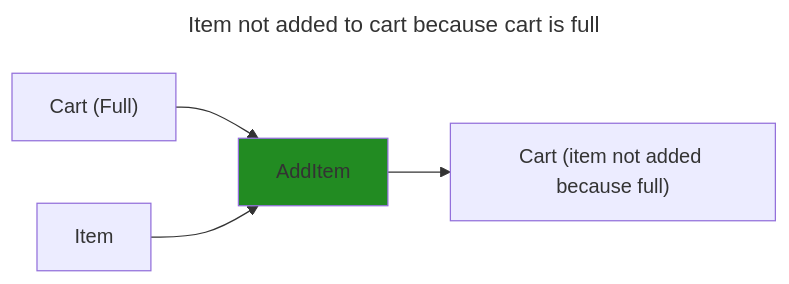
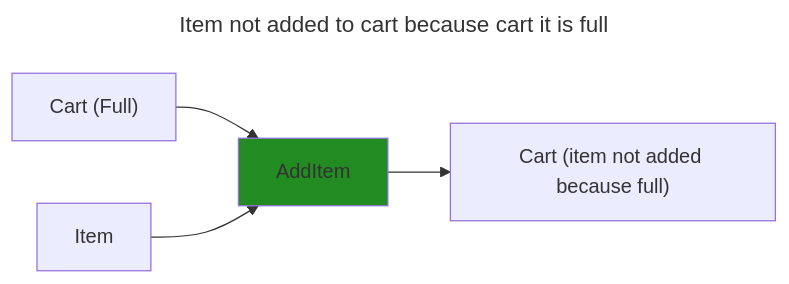
Before and after one commit to grierson/grierson: the third of 10 diagrams in structure.md, drawn with Mermaid. The commit also changed other lines of this file, not shown here.

````diff
--- a/structure.md
+++ b/structure.md
@@ -58,9 +58,9 @@
 ```mermaid
 ---
-title: Item not added to cart because cart is full
+title: Item not added to cart because cart it is full
 ---
 flowchart LR
   style AddItem fill:ForestGreen
   Cart["Cart (Full)"] --> AddItem
   Item --> AddItem --> CartResult["Cart (item not added because full)"]
 ```
````
